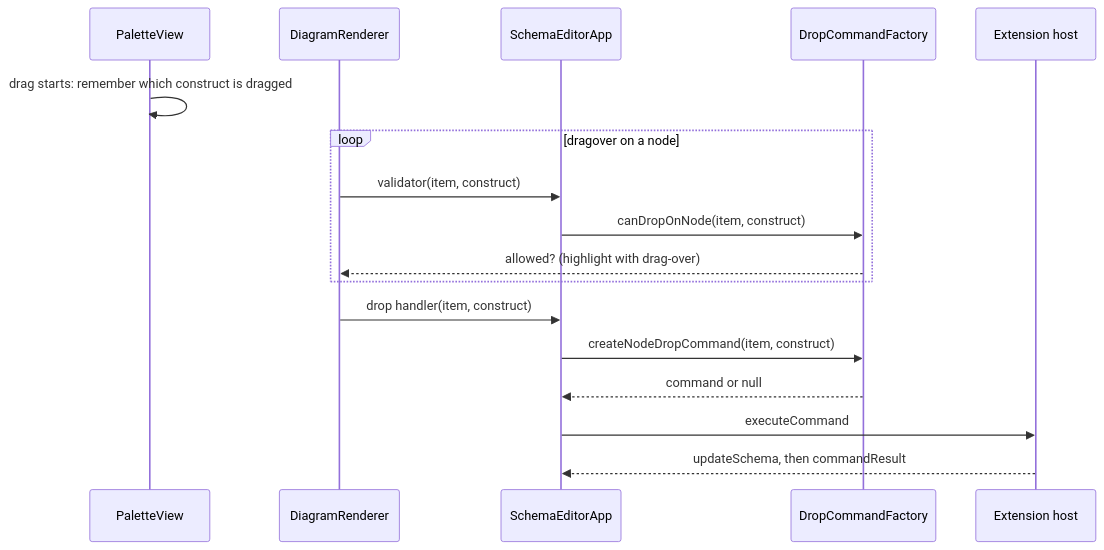
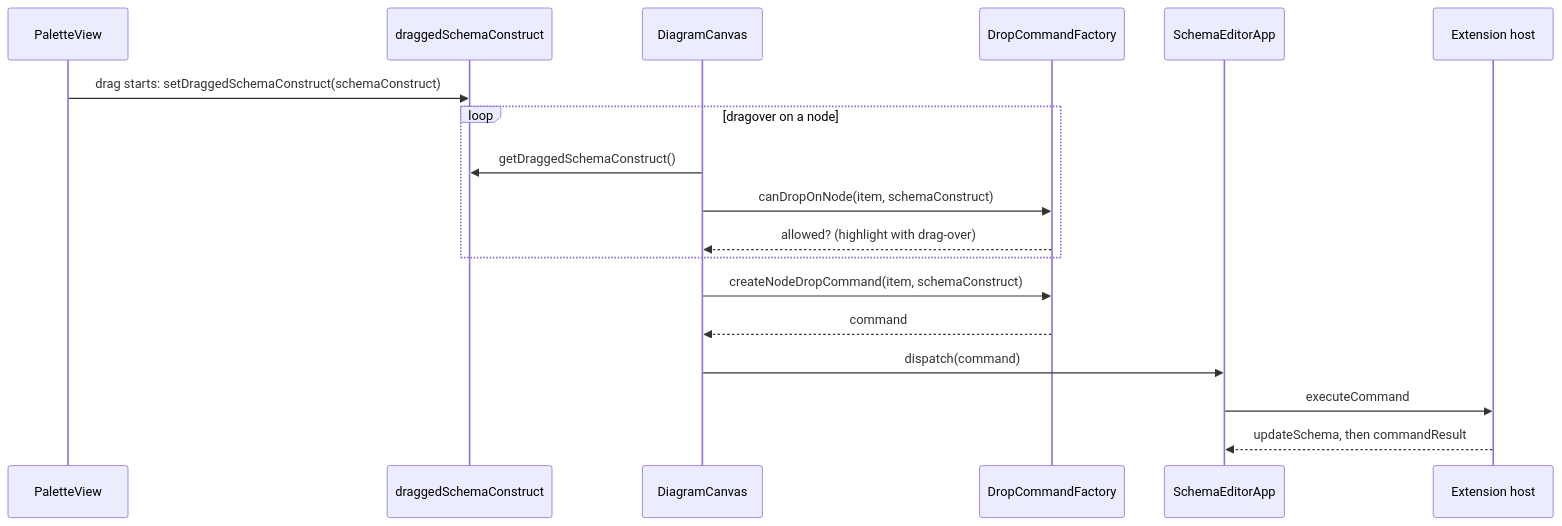
Before and after one commit to neumaennl/vscode-visual-xml-schema-editor: the diagram in docs/drag-and-drop.md, drawn with Mermaid. The commit also changed other lines of this file and 48 other files, not shown here.

````diff
--- a/docs/drag-and-drop.md
+++ b/docs/drag-and-drop.md
@@ -52,19 +52,20 @@
 ```mermaid
 sequenceDiagram
     participant P as PaletteView
-    participant R as DiagramRenderer
+    participant D as draggedSchemaConstruct
+    participant C as DiagramCanvas
+    participant F as DropCommandFactory
     participant A as SchemaEditorApp
-    participant F as DropCommandFactory
     participant H as Extension host
-    P->>P: drag starts: remember which construct is dragged
+    P->>D: drag starts: setDraggedSchemaConstruct(schemaConstruct)
     loop dragover on a node
-        R->>A: validator(item, construct)
-        A->>F: canDropOnNode(item, construct)
-        F-->>R: allowed? (highlight with drag-over)
+        C->>D: getDraggedSchemaConstruct()
+        C->>F: canDropOnNode(item, schemaConstruct)
+        F-->>C: allowed? (highlight with drag-over)
     end
-    R->>A: drop handler(item, construct)
-    A->>F: createNodeDropCommand(item, construct)
-    F-->>A: command or null
+    C->>F: createNodeDropCommand(item, schemaConstruct)
+    F-->>C: command
+    C->>A: dispatch(command)
     A->>H: executeCommand
     H-->>A: updateSchema, then commandResult
 ```
````
